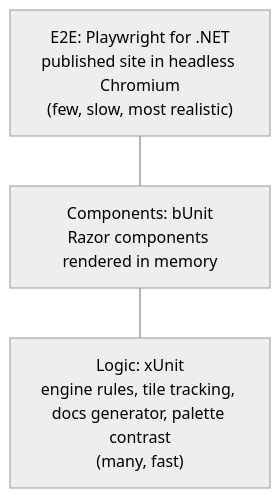
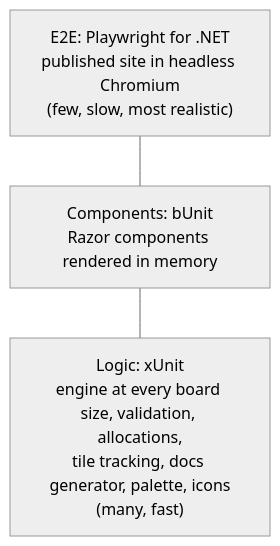
One commit to gkizior/blazor-2048 changed the diagram in docs/testing.md. Above: the diagram before and after it, drawn with Mermaid (neutral theme). The commit also changed other lines of this file and 26 other files, not shown here.

````diff
--- a/docs/testing.md
+++ b/docs/testing.md
@@ -6,8 +6,8 @@
 ```mermaid
 flowchart TB
     accTitle: Test pyramid
     E2E["E2E: Playwright for .NET<br/>published site in headless Chromium<br/>(few, slow, most realistic)"]
     Comp["Components: bUnit<br/>Razor components rendered in memory"]
-    Unit["Logic: xUnit<br/>engine rules, tile tracking, docs generator, palette contrast<br/>(many, fast)"]
+    Unit["Logic: xUnit<br/>engine at every board size, validation, allocations,<br/>tile tracking, docs generator, palette, icons<br/>(many, fast)"]
     E2E --- Comp --- Unit
 ```
````
